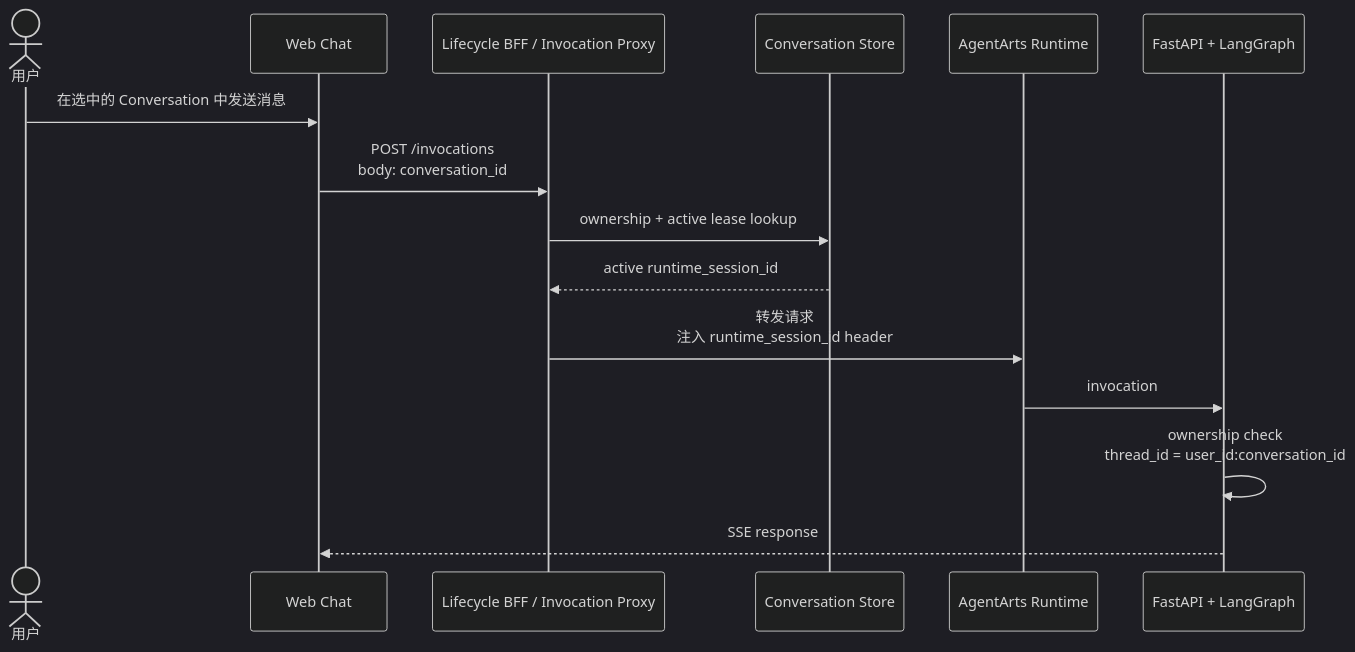
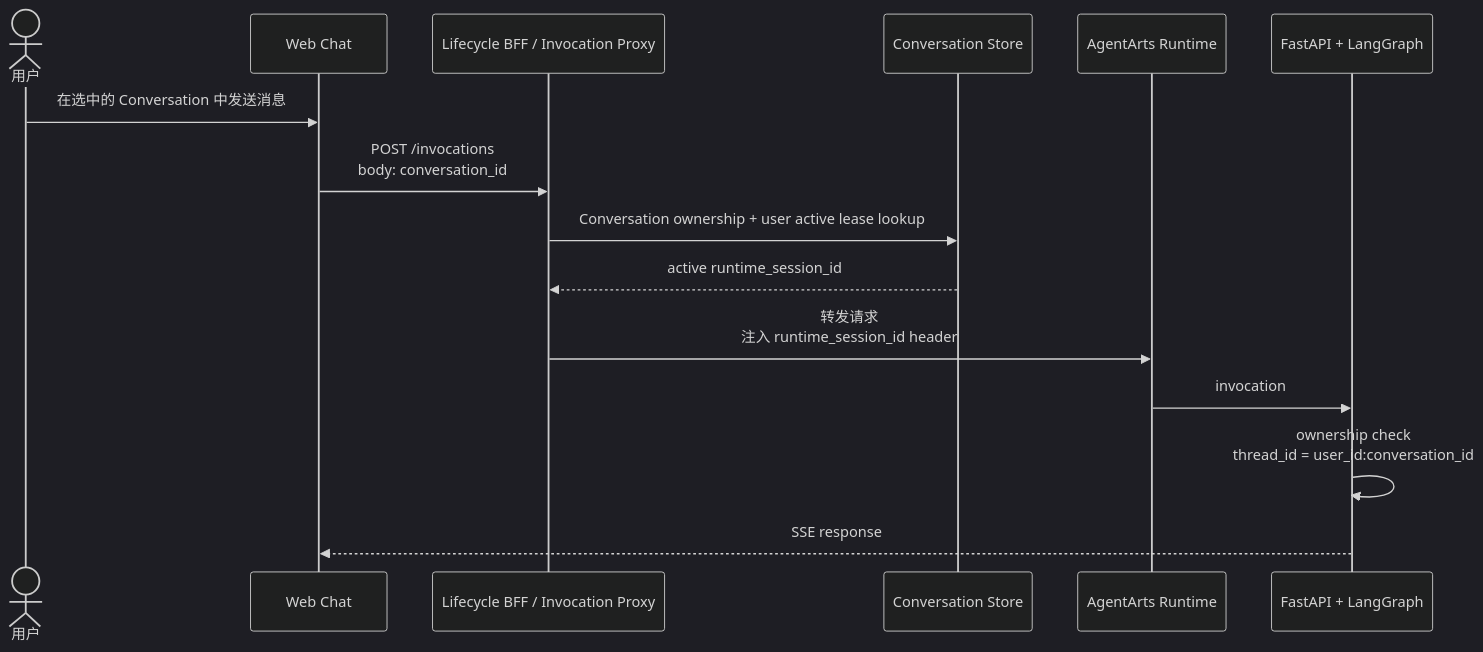
Before and after one commit to T-1009/personal-assistant: the seventh of 7 diagrams in personal-assistant-meta/issues/features/backlog/feature-14-multi-session-runtime-prewarm/issue.md, drawn with Mermaid (dark theme). The commit also changed other lines of this file and 18 other files, not shown here.

````diff
--- a/personal-assistant-meta/issues/features/backlog/feature-14-multi-session-runtime-prewarm/issue.md
+++ b/personal-assistant-meta/issues/features/backlog/feature-14-multi-session-runtime-prewarm/issue.md
@@ -445,18 +495,18 @@
 ```mermaid
 sequenceDiagram
     actor User as 用户
     participant UI as Web Chat
     participant BFF as Lifecycle BFF / Invocation Proxy
     participant Store as Conversation Store
     participant Runtime as AgentArts Runtime
     participant Agent as FastAPI + LangGraph
 
     User->>UI: 在选中的 Conversation 中发送消息
     UI->>BFF: POST /invocations<br/>body: conversation_id
-    BFF->>Store: ownership + active lease lookup
+    BFF->>Store: Conversation ownership + user active lease lookup
     Store-->>BFF: active runtime_session_id
     BFF->>Runtime: 转发请求<br/>注入 runtime_session_id header
     Runtime->>Agent: invocation
     Agent->>Agent: ownership check<br/>thread_id = user_id:conversation_id
     Agent-->>UI: SSE response
 ```
````
